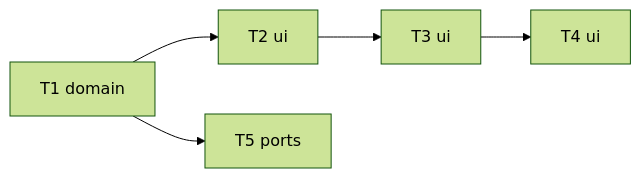
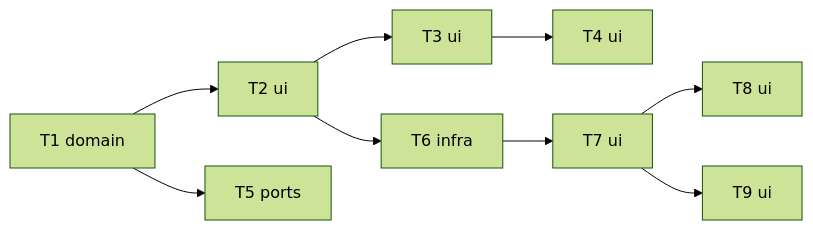
One commit to GopkoDev/gen-img changed the diagram in docs/features/app-shell/tasks/_epic.md. Above: the diagram before and after it, drawn with Mermaid (forest theme). The commit also changed other lines of this file and 6 other files, not shown here.

````diff
--- a/docs/features/app-shell/tasks/_epic.md
+++ b/docs/features/app-shell/tasks/_epic.md
@@ -16,12 +17,20 @@
 ```mermaid
 flowchart LR
     T1["T1 domain"]
     T2["T2 ui"]
     T3["T3 ui"]
     T4["T4 ui"]
     T5["T5 ports"]
     T1 --> T2
     T2 --> T3
     T3 --> T4
     T1 --> T5
+    T6["T6 infra"]
+    T7["T7 ui"]
+    T8["T8 ui"]
+    T9["T9 ui"]
+    T2 --> T6
+    T6 --> T7
+    T7 --> T8
+    T7 --> T9
 ```
````
